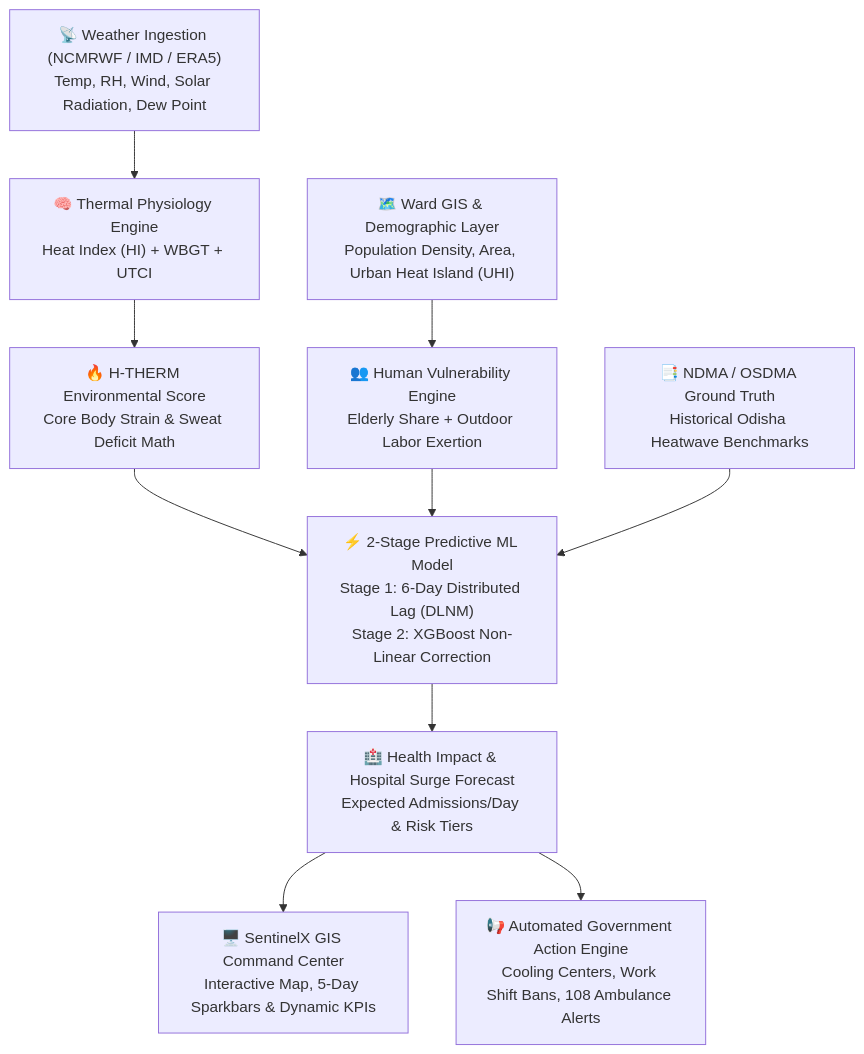
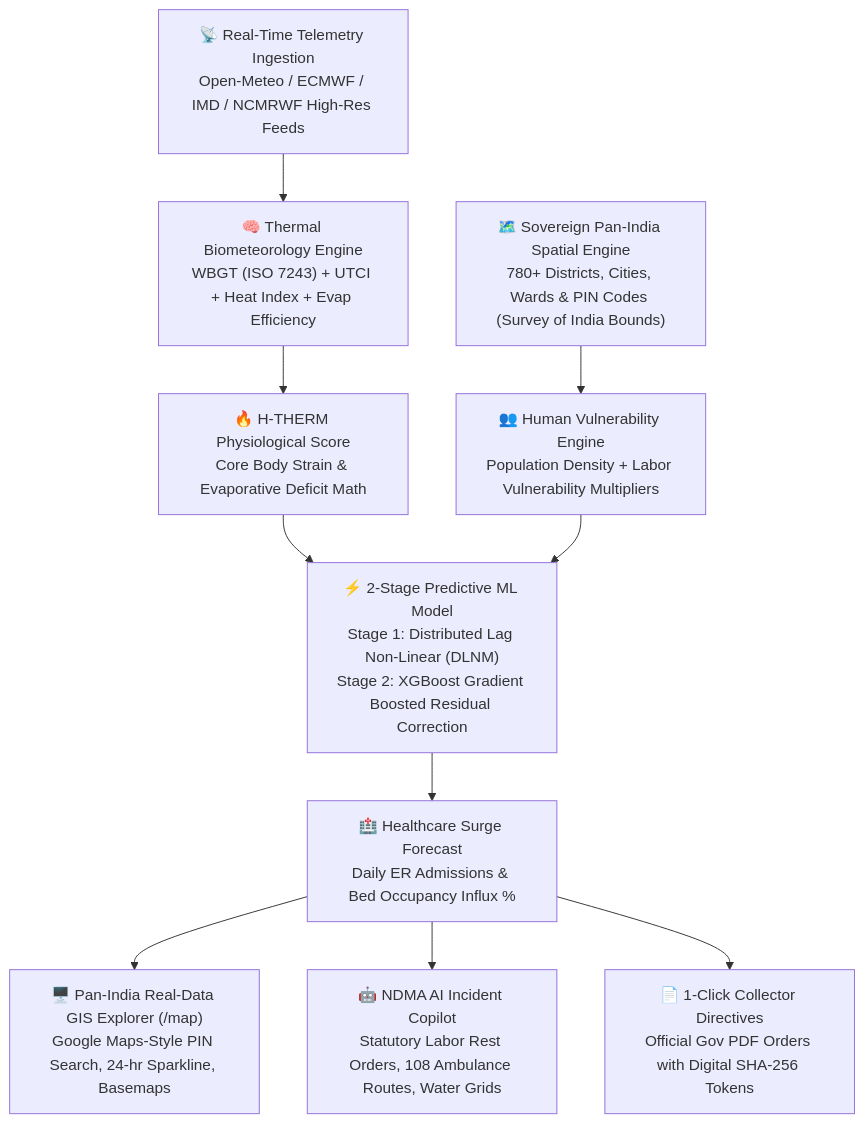
The diagram in SIH_PROJECT_PITCH.md (aniruddhasutradher07-commits/SentinelX), drawn with Mermaid before and after one commit. The commit also changed other lines of this file and 1 other file, not shown here.

Commit message:
docs(pitch): update SIH 2026 pitch deck & judge demo script for 100% Pan-India platform

````diff
--- a/SIH_PROJECT_PITCH.md
+++ b/SIH_PROJECT_PITCH.md
@@ -37,12 +37,12 @@
 ```mermaid
 flowchart TD
-    A["📡 Weather Ingestion (NCMRWF / IMD / ERA5)<br>Temp, RH, Wind, Solar Radiation, Dew Point"] --> B["🧠 Thermal Physiology Engine<br>Heat Index (HI) + WBGT + UTCI"]
-    B --> C["🔥 H-THERM Environmental Score<br>Core Body Strain & Sweat Deficit Math"]
-    D["🗺️ Ward GIS & Demographic Layer<br>Population Density, Area, Urban Heat Island (UHI)"] --> E["👥 Human Vulnerability Engine<br>Elderly Share + Outdoor Labor Exertion"]
-    C --> F["⚡ 2-Stage Predictive ML Model<br>Stage 1: 6-Day Distributed Lag (DLNM)<br>Stage 2: XGBoost Non-Linear Correction"]
+    A["📡 Real-Time Telemetry Ingestion<br>Open-Meteo / ECMWF / IMD / NCMRWF High-Res Feeds"] --> B["🧠 Thermal Biometeorology Engine<br>WBGT (ISO 7243) + UTCI + Heat Index + Evap Efficiency"]
+    B --> C["🔥 H-THERM Physiological Score<br>Core Body Strain & Evaporative Deficit Math"]
+    D["🗺️ Sovereign Pan-India Spatial Engine<br>780+ Districts, Cities, Wards & PIN Codes (Survey of India Bounds)"] --> E["👥 Human Vulnerability Engine<br>Population Density + Labor Vulnerability Multipliers"]
+    C --> F["⚡ 2-Stage Predictive ML Model<br>Stage 1: Distributed Lag Non-Linear (DLNM)<br>Stage 2: XGBoost Gradient Boosted Residual Correction"]
     E --> F
-    G["📑 NDMA / OSDMA Ground Truth<br>Historical Odisha Heatwave Benchmarks"] --> F
-    F --> H["🏥 Health Impact & Hospital Surge Forecast<br>Expected Admissions/Day & Risk Tiers"]
-    H --> I["🖥️ SentinelX GIS Command Center<br>Interactive Map, 5-Day Sparkbars & Dynamic KPIs"]
-    H --> J["📢 Automated Government Action Engine<br>Cooling Centers, Work Shift Bans, 108 Ambulance Alerts"]
+    F --> H["🏥 Healthcare Surge Forecast<br>Daily ER Admissions & Bed Occupancy Influx %"]
+    H --> I["🖥️ Pan-India Real-Data GIS Explorer (/map)<br>Google Maps-Style PIN Search, 24-hr Sparkline, Basemaps"]
+    H --> J["🤖 NDMA AI Incident Copilot<br>Statutory Labor Rest Orders, 108 Ambulance Routes, Water Grids"]
+    H --> K["📄 1-Click Collector Directives<br>Official Gov PDF Orders with Digital SHA-256 Tokens"]
 ```
````
